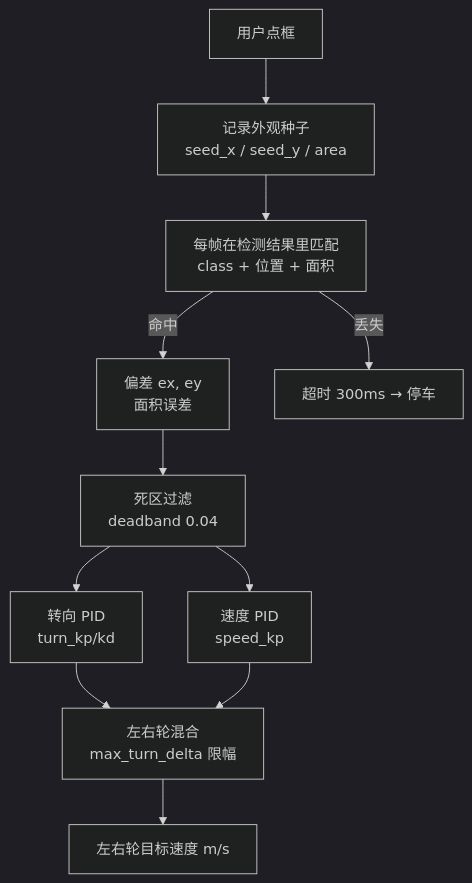
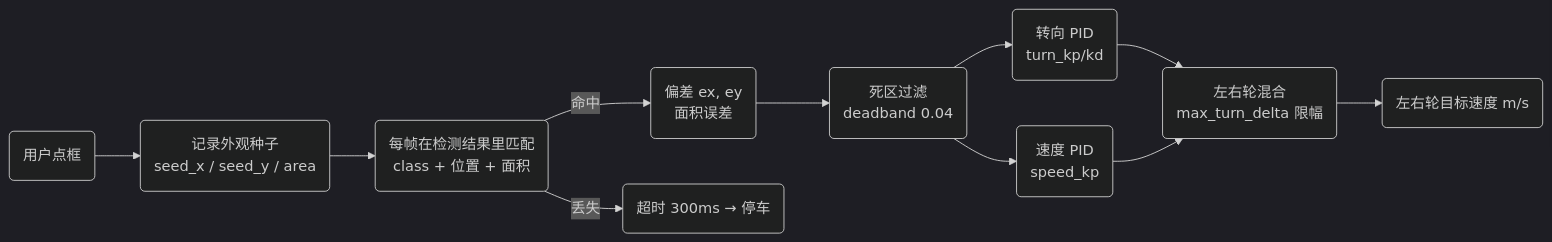
Before and after one commit to qianruo-orange/autonomous-driving-car: the fourth of 8 diagrams in README.md, drawn with Mermaid (dark theme). The commit also changed other lines of this file, not shown here.

Commit message:
docs: horizontal mermaid layout with rounded nodes

````diff
--- a/README.md
+++ b/README.md
@@ -148,13 +148,13 @@
 ```mermaid
-flowchart TB
-    CLICK[用户点框] --> SEED[记录外观种子<br/>seed_x / seed_y / area]
-    SEED --> MATCH[每帧在检测结果里匹配<br/>class + 位置 + 面积]
-    MATCH -->|命中| ERR[偏差 ex, ey<br/>面积误差]
-    MATCH -->|丢失| LOST[超时 300ms → 停车]
-    ERR --> DEAD[死区过滤<br/>deadband 0.04]
-    DEAD --> PIDX[转向 PID<br/>turn_kp/kd]
-    DEAD --> PIDS[速度 PID<br/>speed_kp]
-    PIDX --> MIX[左右轮混合<br/>max_turn_delta 限幅]
+flowchart LR
+    CLICK(用户点框) --> SEED(记录外观种子<br/>seed_x / seed_y / area)
+    SEED --> MATCH(每帧在检测结果里匹配<br/>class + 位置 + 面积)
+    MATCH -->|命中| ERR(偏差 ex, ey<br/>面积误差)
+    MATCH -->|丢失| LOST(超时 300ms → 停车)
+    ERR --> DEAD(死区过滤<br/>deadband 0.04)
+    DEAD --> PIDX(转向 PID<br/>turn_kp/kd)
+    DEAD --> PIDS(速度 PID<br/>speed_kp)
+    PIDX --> MIX(左右轮混合<br/>max_turn_delta 限幅)
     PIDS --> MIX
-    MIX --> OUT[左右轮目标速度 m/s]
+    MIX --> OUT(左右轮目标速度 m/s)
 ```
````
